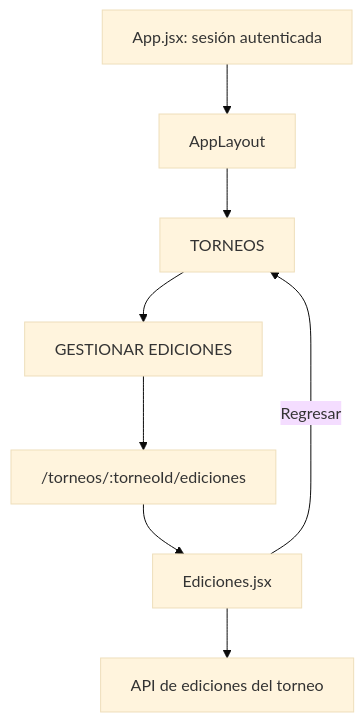
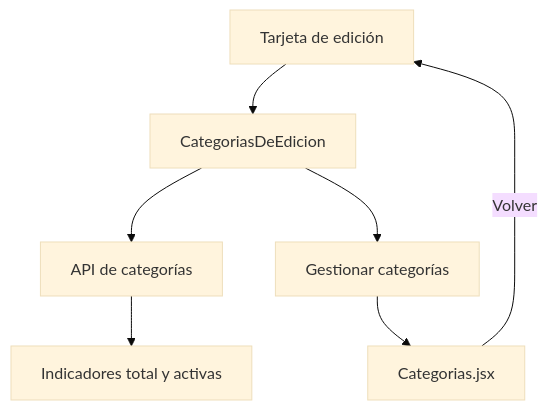
One commit to fbacalini90/ALTO-SISTEMA changed diagram 11 of 18 in docs/ARQUITECTURA.md. Above: the diagram before and after it, drawn with Mermaid (base theme). The commit also changed other lines of this file and 31 other files, not shown here.

````diff
--- a/docs/ARQUITECTURA.md
+++ b/docs/ARQUITECTURA.md
@@ -1167,10 +1387,15 @@
 ```mermaid
 flowchart TD
-    A[App.jsx: sesión autenticada] --> B[AppLayout]
-    B --> C[TORNEOS]
-    C --> D[GESTIONAR EDICIONES]
-    D --> E["/torneos/:torneoId/ediciones"]
-    E --> F[Ediciones.jsx]
-    F --> G[API de ediciones del torneo]
-    F -->|Regresar| C
+    E[Tarjeta de edición]
+    C[CategoriasDeEdicion]
+    A[API de categorías]
+    I[Indicadores total y activas]
+    G[Gestionar categorías]
+
+    E --> C
+    C --> A
+    A --> I
+    C --> G
+    G --> P[Categorias.jsx]
+    P -->|Volver| E
 ```
````
